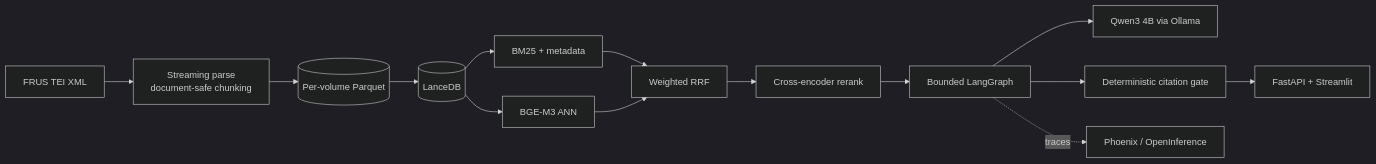
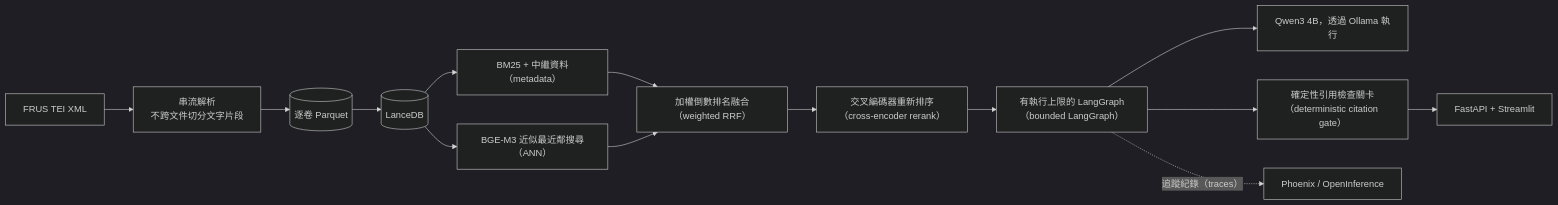
One commit to haoagentuse-glitch/frus-agentic-rag changed the fifth of 5 diagrams in README.md. Above: the diagram before and after it, drawn with Mermaid (dark theme). The commit also changed other lines of this file, not shown here.

````diff
--- a/README.md
+++ b/README.md
@@ -205,16 +217,16 @@
 ```mermaid
 flowchart LR
-    XML[FRUS TEI XML] --> ETL[Streaming parse<br/>document-safe chunking]
-    ETL --> PQ[(Per-volume Parquet)]
+    XML["FRUS TEI XML"] --> ETL["串流解析<br/>不跨文件切分文字片段"]
+    ETL --> PQ[("逐卷 Parquet")]
     PQ --> DB[(LanceDB)]
-    DB --> BM[BM25 + metadata]
-    DB --> DE[BGE-M3 ANN]
-    BM --> RRF[Weighted RRF]
+    DB --> BM["BM25 + 中繼資料（metadata）"]
+    DB --> DE["BGE-M3 近似最近鄰搜尋（ANN）"]
+    BM --> RRF["加權倒數排名融合（weighted RRF）"]
     DE --> RRF
-    RRF --> RR[Cross-encoder rerank]
-    RR --> AG[Bounded LangGraph]
-    AG --> LLM[Qwen3 4B via Ollama]
-    AG --> CG[Deterministic citation gate]
-    CG --> API[FastAPI + Streamlit]
-    AG -. traces .-> PX[Phoenix / OpenInference]
+    RRF --> RR["交叉編碼器重新排序（cross-encoder rerank）"]
+    RR --> AG["有執行上限的 LangGraph（bounded LangGraph）"]
+    AG --> LLM["Qwen3 4B，透過 Ollama 執行"]
+    AG --> CG["確定性引用檢查關卡（deterministic citation gate）"]
+    CG --> API["FastAPI + Streamlit"]
+    AG -. "追蹤紀錄（traces）" .-> PX["Phoenix / OpenInference"]
 ```
````
